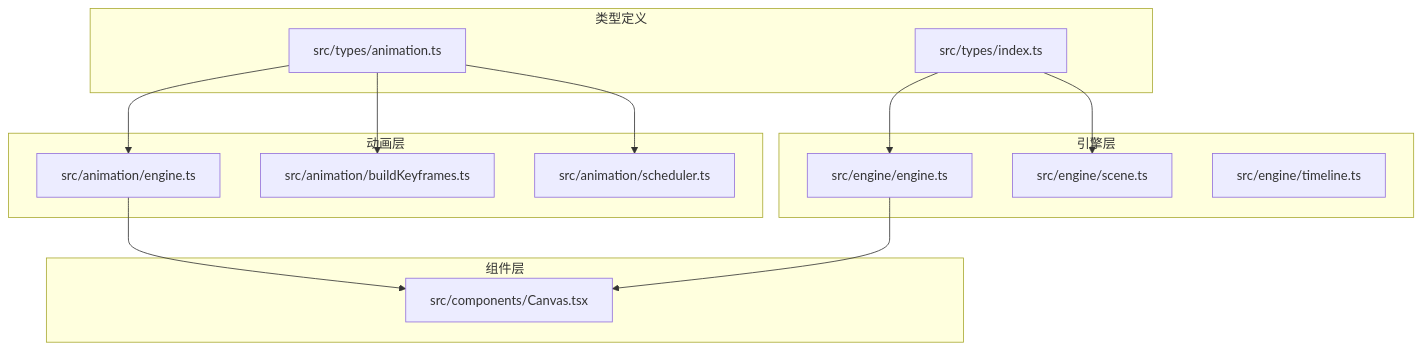
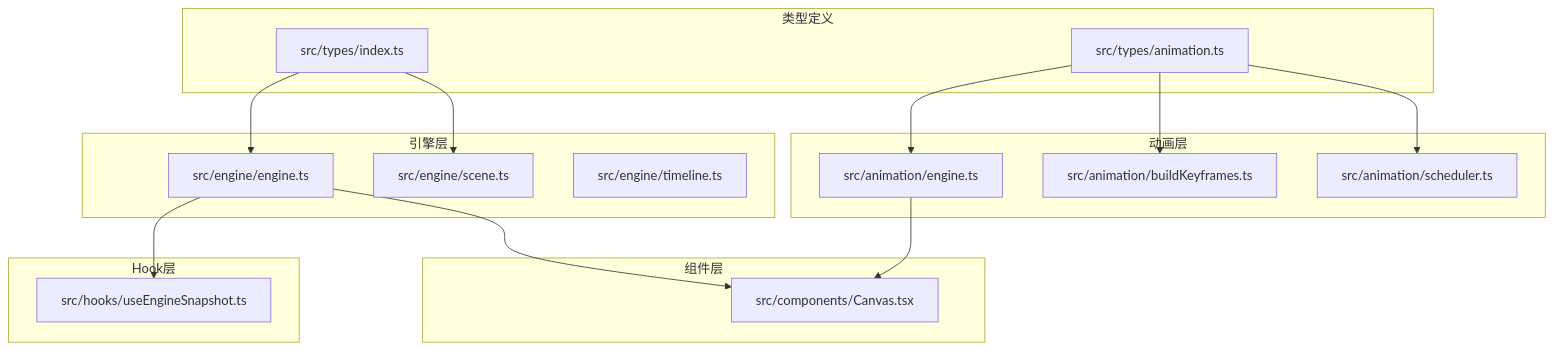
Before and after one commit to Anna0314zy/ai_editor_enginer: the first of 8 diagrams in .qoder/repowiki/zh/content/类型系统.md, drawn with Mermaid. The commit also changed other lines of this file and 25 other files, not shown here.

````diff
--- a/.qoder/repowiki/zh/content/类型系统.md
+++ b/.qoder/repowiki/zh/content/类型系统.md
@@ -50,27 +52,31 @@
 ```mermaid
 graph TB
 subgraph "类型定义"
 T1["src/types/index.ts"]
 T2["src/types/animation.ts"]
 end
 subgraph "引擎层"
 E1["src/engine/engine.ts"]
 E2["src/engine/scene.ts"]
 E3["src/engine/timeline.ts"]
 end
 subgraph "动画层"
 A1["src/animation/engine.ts"]
 A2["src/animation/buildKeyframes.ts"]
 A3["src/animation/scheduler.ts"]
 end
 subgraph "组件层"
 C1["src/components/Canvas.tsx"]
 end
+subgraph "Hook层"
+H1["src/hooks/useEngineSnapshot.ts"]
+end
 T1 --> E2
 T1 --> E1
 T2 --> A1
 T2 --> A2
 T2 --> A3
 A1 --> C1
 E1 --> C1
+E1 --> H1
 ```
````
